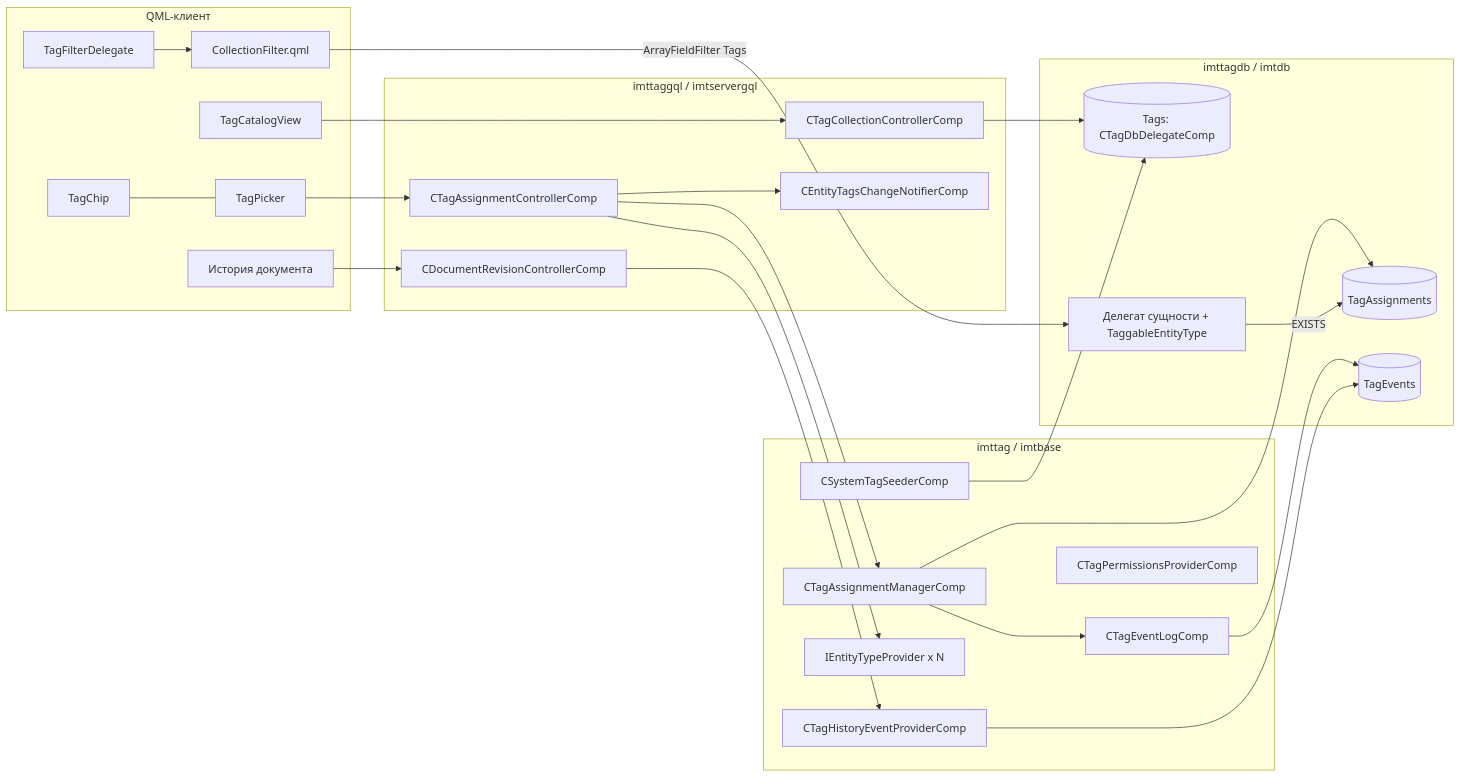
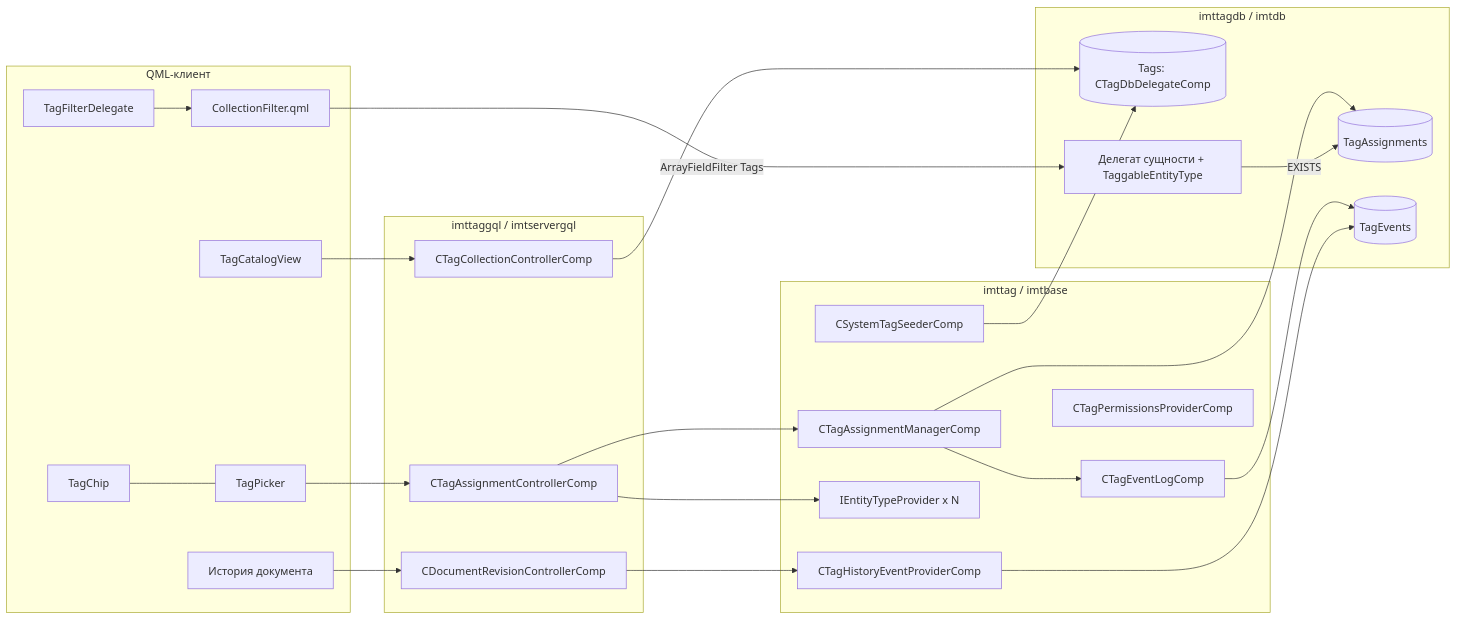
The second of 3 diagrams in Docs/Architecture/Tags/TagsArchitecture.md (ImagingTools/ImtCore), drawn with Mermaid before and after one commit. The commit also changed other lines of this file and 19 other files, not shown here.

````diff
--- a/Docs/Architecture/Tags/TagsArchitecture.md
+++ b/Docs/Architecture/Tags/TagsArchitecture.md
@@ -276,37 +275,35 @@
 ```mermaid
 flowchart LR
   subgraph Client[QML-клиент]
     Chip[TagChip] --- Picker[TagPicker]
     Filter[TagFilterDelegate] --> CF[CollectionFilter.qml]
     Admin[TagCatalogView]
     Hist[История документа]
   end
   subgraph GQL[imttaggql / imtservergql]
     TCC[CTagCollectionControllerComp]
     TAC[CTagAssignmentControllerComp]
-    ETN[CEntityTagsChangeNotifierComp]
     DRC[CDocumentRevisionControllerComp]
   end
   subgraph Core[imttag / imtbase]
     TAM[CTagAssignmentManagerComp]
     TEL[CTagEventLogComp]
     THP[CTagHistoryEventProviderComp]
     REG[IEntityTypeProvider x N]
     SEED[CSystemTagSeederComp]
     PERM[CTagPermissionsProviderComp]
   end
   subgraph DB[imttagdb / imtdb]
     Tags[(Tags: CTagDbDelegateComp)]
     TA[(TagAssignments)]
     TE[(TagEvents)]
     ED[Делегат сущности + TaggableEntityType]
   end
   Admin --> TCC --> Tags
   SEED --> Tags
   Picker --> TAC --> TAM --> TA
   TAM --> TEL --> TE
   TAC --> REG
-  TAC --> ETN
   Hist --> DRC --> THP --> TE
   CF -->|ArrayFieldFilter Tags| ED -->|EXISTS| TA
 ```
````
